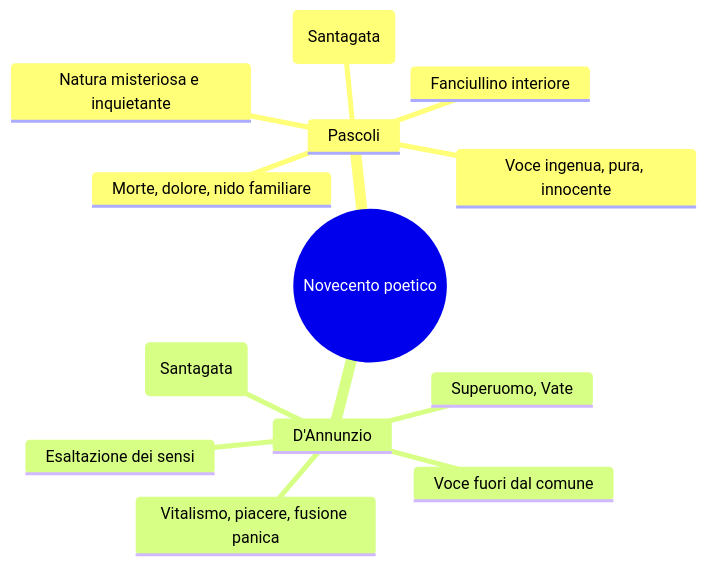
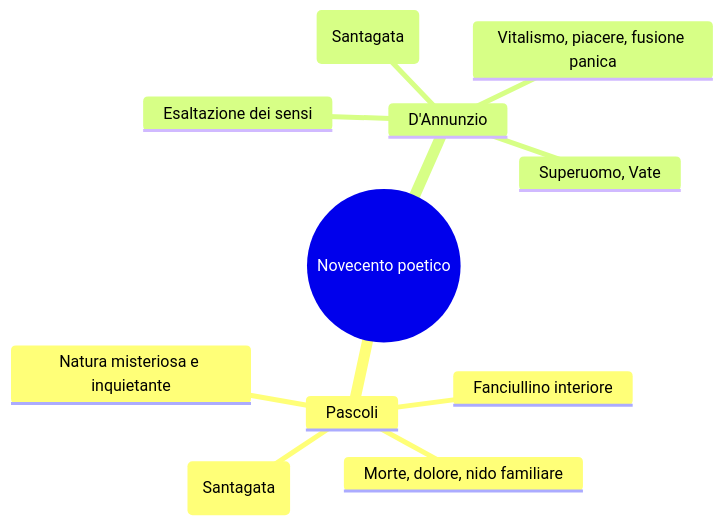
One commit to riccardo-algorime/appunti-5Bsa changed the first of 2 diagrams in italiano/dannunzio/riassunto.md. Above: the diagram before and after it, drawn with Mermaid. The commit also changed other lines of this file, not shown here.

````diff
--- a/italiano/dannunzio/riassunto.md
+++ b/italiano/dannunzio/riassunto.md
@@ -235,16 +178,14 @@
 ```mermaid
 mindmap
   root((Novecento poetico))
     Pascoli
       "Piccolo io" (Santagata)
       Fanciullino interiore
-      Voce ingenua, pura, innocente
       Morte, dolore, nido familiare
       Natura misteriosa e inquietante
     D'Annunzio
       "Gigantismo dell'io" (Santagata)
       Superuomo, Vate
-      Voce fuori dal comune
       Vitalismo, piacere, fusione panica
       Esaltazione dei sensi
 ```
````
